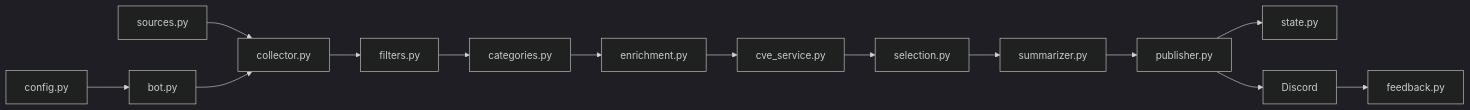
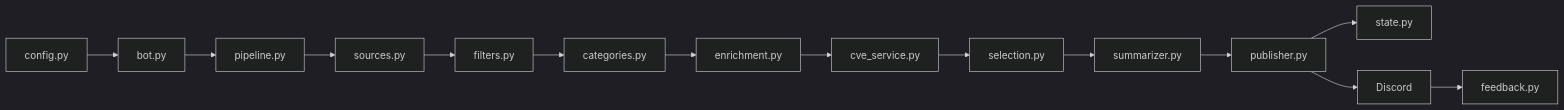
The first of 4 diagrams in docs/ARCHITECTURE.md (Gemukii/CyberWatch), drawn with Mermaid (dark theme) before and after one commit. The commit also changed other lines of this file and 22 other files, not shown here.

````diff
--- a/docs/ARCHITECTURE.md
+++ b/docs/ARCHITECTURE.md
@@ -7,31 +7,30 @@
 ```mermaid
 flowchart LR
     CONFIG["config.py"]
     SOURCES["sources.py"]
-    COLLECTOR["collector.py"]
     FILTERS["filters.py"]
     CATEGORIES["categories.py"]
     ENRICHMENT["enrichment.py"]
     CVE["cve_service.py"]
     SELECTION["selection.py"]
     SUMMARIZER["summarizer.py"]
     PUBLISHER["publisher.py"]
     STATE["state.py"]
     FEEDBACK["feedback.py"]
     BOT["bot.py"]
     DISCORD["Discord"]
 
     CONFIG --> BOT
-    SOURCES --> COLLECTOR
-    BOT --> COLLECTOR
-    COLLECTOR --> FILTERS
+    BOT --> PIPELINE["pipeline.py"]
+    PIPELINE --> SOURCES
+    SOURCES --> FILTERS
     FILTERS --> CATEGORIES
     CATEGORIES --> ENRICHMENT
     ENRICHMENT --> CVE
     CVE --> SELECTION
     SELECTION --> SUMMARIZER
     SUMMARIZER --> PUBLISHER
     PUBLISHER --> DISCORD
     PUBLISHER --> STATE
     DISCORD --> FEEDBACK
 ```
````
